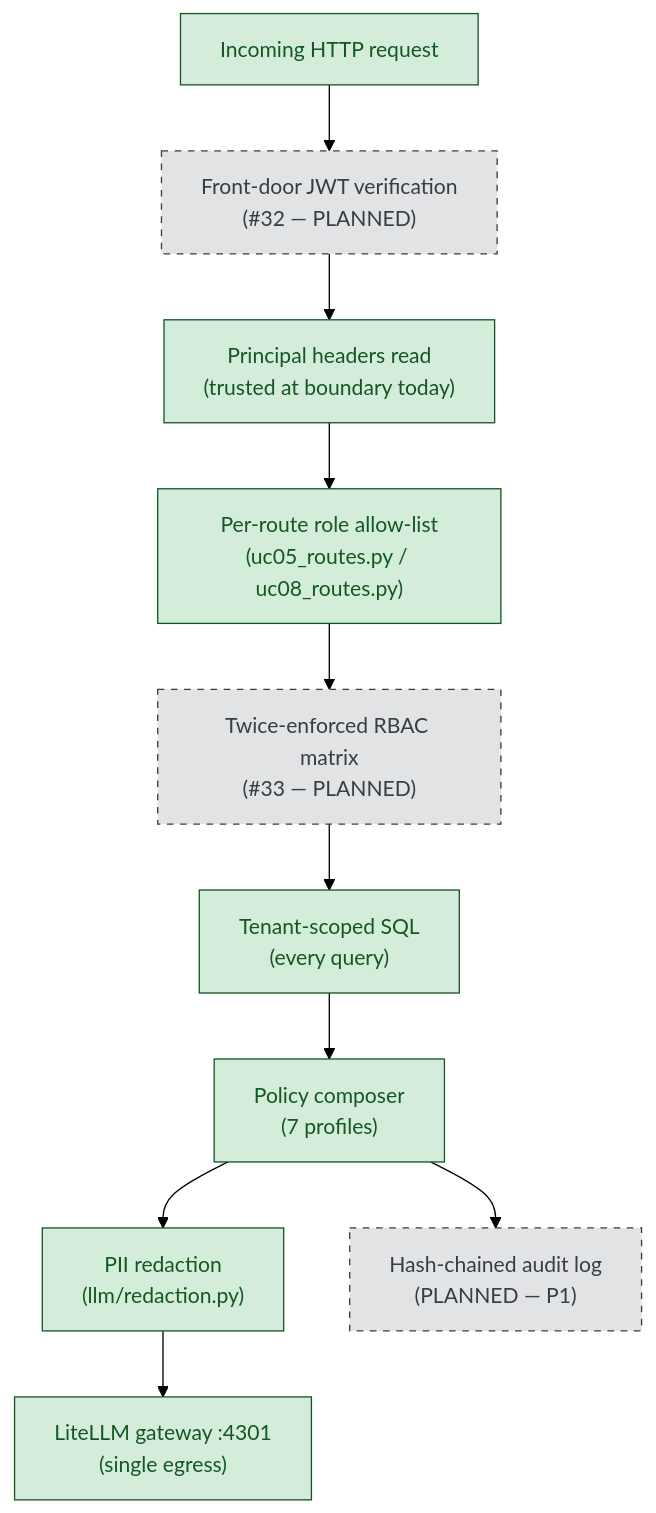
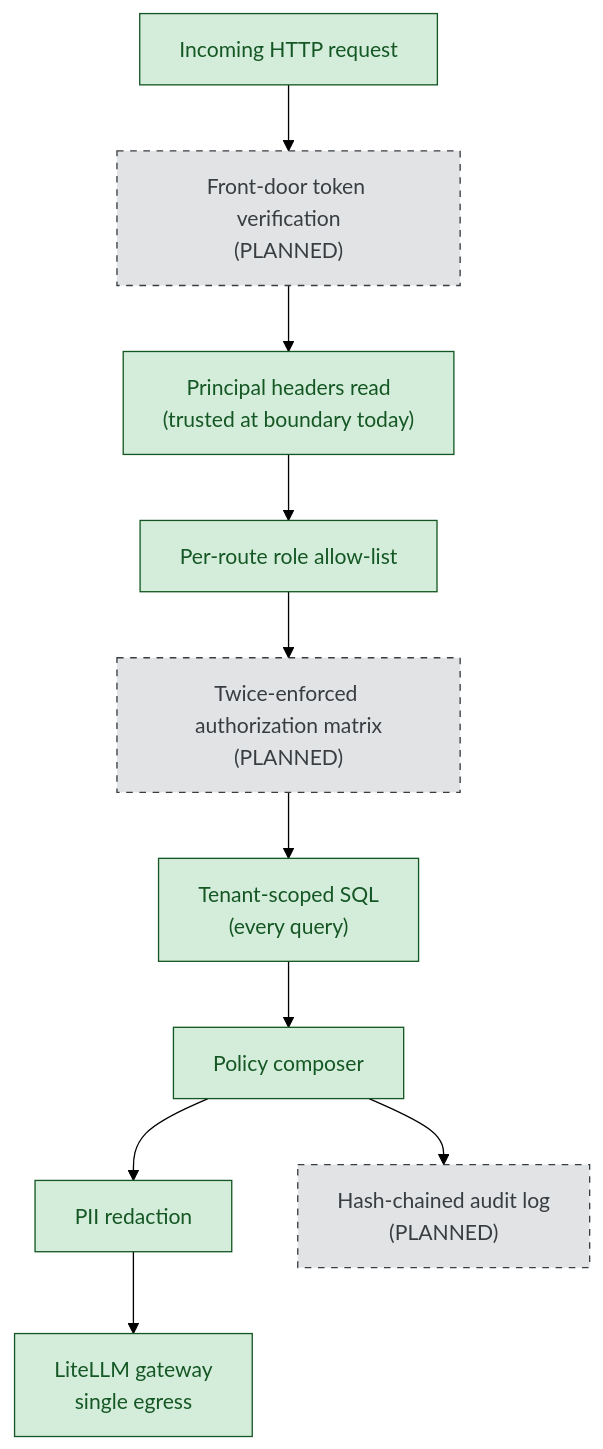
The fifth of 7 diagrams in docs/MANAGEMENT-BRIEFING.md (Kevinparashar/One-ops-NextGen), drawn with Mermaid (forest theme) before and after one commit. The commit also changed other lines of this file and 1 other file, not shown here.

````diff
--- a/docs/MANAGEMENT-BRIEFING.md
+++ b/docs/MANAGEMENT-BRIEFING.md
@@ -320,22 +231,22 @@
 ```mermaid
 flowchart TD
     classDef shipped fill:#d4edda,stroke:#155724,color:#155724
     classDef planned fill:#e2e3e5,stroke:#383d41,color:#383d41,stroke-dasharray:5 5
 
     REQ["Incoming HTTP request"]:::shipped
-    JWT["Front-door JWT verification<br/>(#32 — PLANNED)"]:::planned
+    JWT["Front-door token verification<br/>(PLANNED)"]:::planned
     HEAD["Principal headers read<br/>(trusted at boundary today)"]:::shipped
-    ROLE["Per-route role allow-list<br/>(uc05_routes.py / uc08_routes.py)"]:::shipped
-    RBAC["Twice-enforced RBAC matrix<br/>(#33 — PLANNED)"]:::planned
+    ROLE["Per-route role allow-list"]:::shipped
+    RBAC["Twice-enforced authorization matrix<br/>(PLANNED)"]:::planned
     TENANT["Tenant-scoped SQL<br/>(every query)"]:::shipped
-    POLICY["Policy composer<br/>(7 profiles)"]:::shipped
-    PII["PII redaction<br/>(llm/redaction.py)"]:::shipped
-    LLM["LiteLLM gateway :4301<br/>(single egress)"]:::shipped
-    AUDIT["Hash-chained audit log<br/>(PLANNED — P1)"]:::planned
+    POLICY["Policy composer"]:::shipped
+    PII["PII redaction"]:::shipped
+    LLM["LiteLLM gateway<br/>single egress"]:::shipped
+    AUDIT["Hash-chained audit log<br/>(PLANNED)"]:::planned
 
     REQ --> JWT
     JWT --> HEAD --> ROLE
     ROLE --> RBAC
     RBAC --> TENANT --> POLICY --> PII --> LLM
     POLICY --> AUDIT
 ```
````
